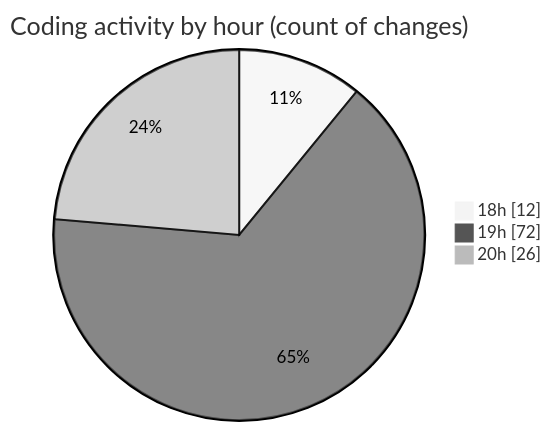
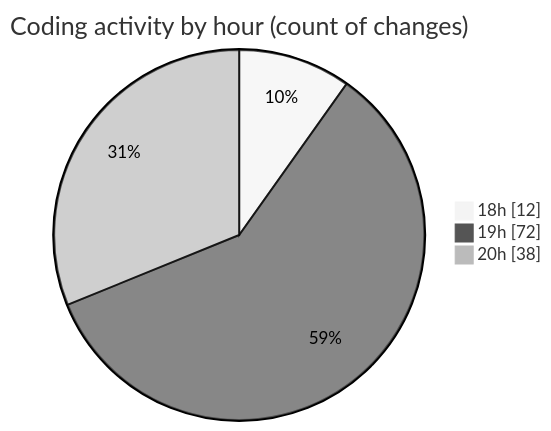
One commit to MatusMokan/code-tracking changed the second of 2 diagrams in 2025-03-14/myws__workspace_/README.md. Above: the diagram before and after it, drawn with Mermaid (neutral theme). The commit also changed other lines of this file and 1 other file, not shown here.

````diff
--- a/2025-03-14/myws__workspace_/README.md
+++ b/2025-03-14/myws__workspace_/README.md
@@ -30,7 +30,7 @@
 ```mermaid
 pie showData
 title Coding activity by hour (count of changes)
 "18h" : 12
 "19h" : 72
-"20h" : 26
+"20h" : 38
 ```
````
